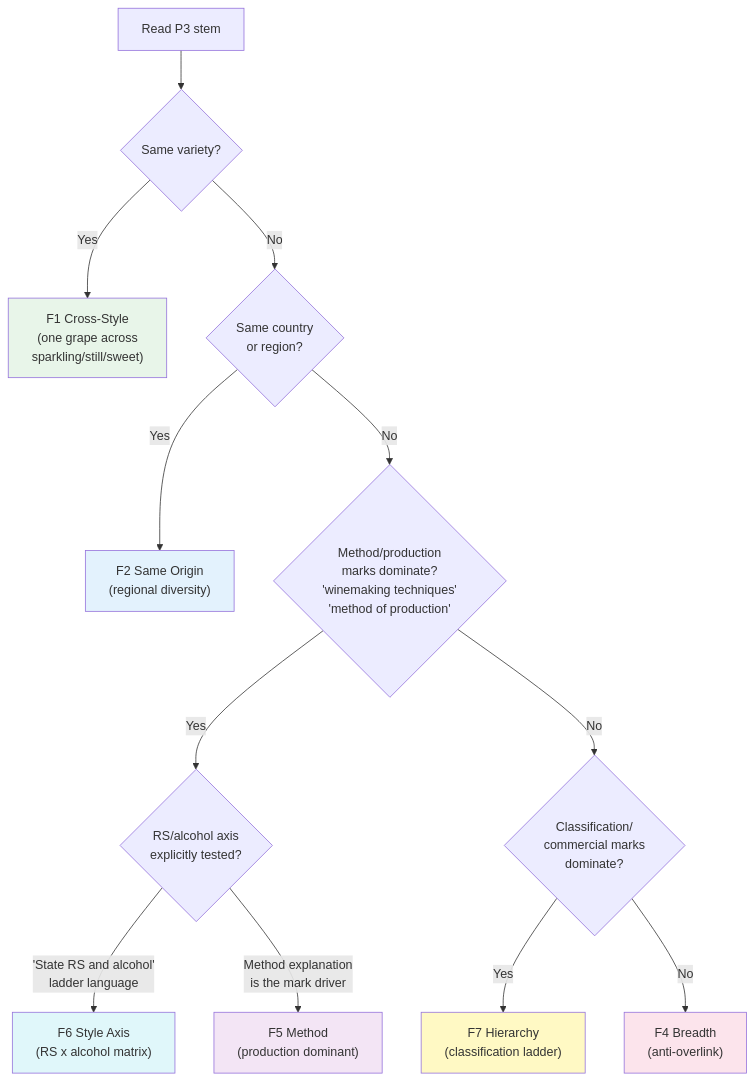
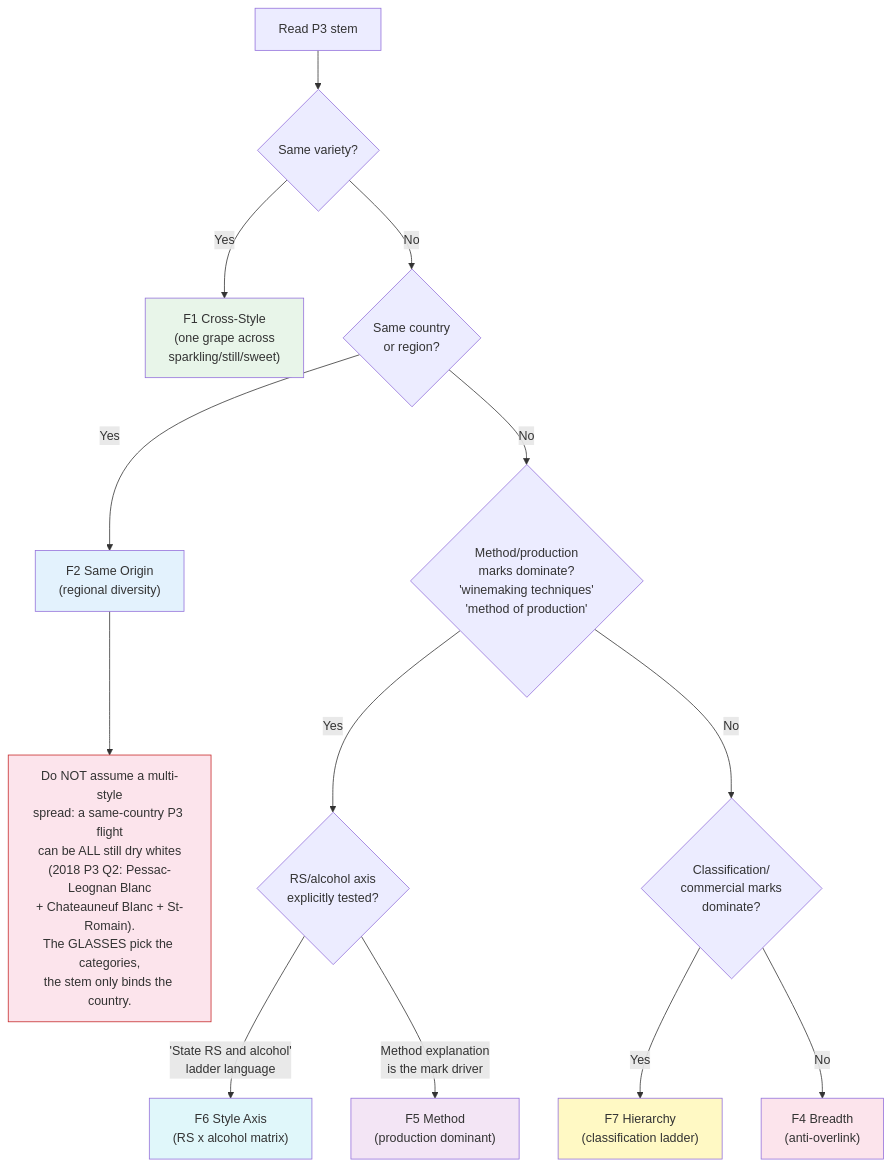
The third of 11 diagrams in outputs/study_diagrams/p3_special.md (russellmoss/mw-exams), drawn with Mermaid before and after one commit. The commit also changed other lines of this file and 6 other files, not shown here.

First line of the commit message:
fix(p3-tree): route the all-still-white same-country flight (2018 P3 Q2 audit gap) (#47)

````diff
--- a/outputs/study_diagrams/p3_special.md
+++ b/outputs/study_diagrams/p3_special.md
@@ -66,21 +66,23 @@
 ```mermaid
 flowchart TD
     START["Read P3 stem"] --> V{"Same variety?"}
     V -->|Yes| F1["F1 Cross-Style<br/>(one grape across<br/>sparkling/still/sweet)"]
     V -->|No| O{"Same country<br/>or region?"}
     O -->|Yes| F2["F2 Same Origin<br/>(regional diversity)"]
+    F2 --> F2WARN["Do NOT assume a multi-style<br/>spread: a same-country P3 flight<br/>can be ALL still dry whites<br/>(2018 P3 Q2: Pessac-Leognan Blanc<br/>+ Chateauneuf Blanc + St-Romain).<br/>The GLASSES pick the categories,<br/>the stem only binds the country."]
     O -->|No| METHOD{"Method/production<br/>marks dominate?<br/>'winemaking techniques'<br/>'method of production'"}
     METHOD -->|Yes| F5_OR_6{"RS/alcohol axis<br/>explicitly tested?"}
     F5_OR_6 -->|"'State RS and alcohol'<br/>ladder language"| F6["F6 Style Axis<br/>(RS x alcohol matrix)"]
     F5_OR_6 -->|"Method explanation<br/>is the mark driver"| F5["F5 Method<br/>(production dominant)"]
     METHOD -->|No| HIER3{"Classification/<br/>commercial marks<br/>dominate?"}
     HIER3 -->|Yes| F7["F7 Hierarchy<br/>(classification ladder)"]
     HIER3 -->|No| F4["F4 Breadth<br/>(anti-overlink)"]
 
     style F1 fill:#e8f5e9
     style F2 fill:#e3f2fd
+    style F2WARN fill:#fce4ec,stroke:#c62828
     style F4 fill:#fce4ec
     style F5 fill:#f3e5f5
     style F6 fill:#e0f7fa
     style F7 fill:#fff9c4
 ```
````
